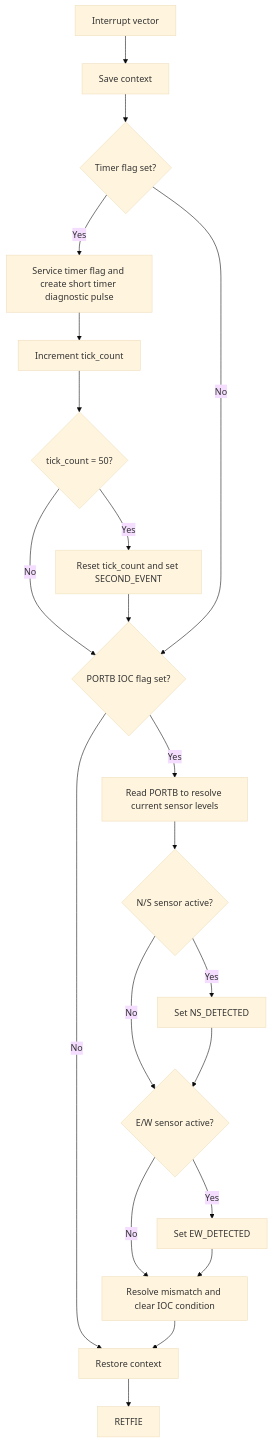
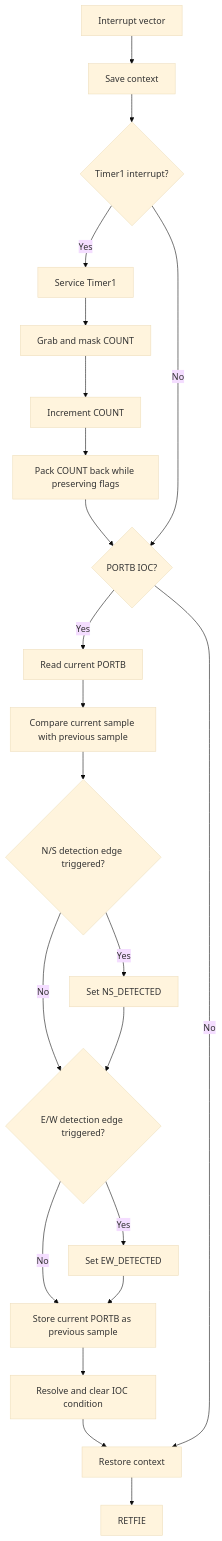
One commit to rosstimo/RCET3375 changed the first of 2 diagrams in LabAssignments/Lab06-Timers.md. Above: the diagram before and after it, drawn with Mermaid (base theme). The commit also changed other lines of this file, not shown here.

````diff
--- a/LabAssignments/Lab06-Timers.md
+++ b/LabAssignments/Lab06-Timers.md
@@ -653,23 +757,25 @@
 ```mermaid
 flowchart TD
     A[Interrupt vector] --> B[Save context]
-    B --> C{Timer flag set?}
-    C -- Yes --> D[Service timer flag and create short timer diagnostic pulse]
-    D --> E[Increment tick_count]
-    E --> F{tick_count = 50?}
-    F -- Yes --> G[Reset tick_count and set SECOND_EVENT]
-    F -- No --> H{PORTB IOC flag set?}
-    G --> H
+    B --> C{Timer1 interrupt?}
+    C -- Yes --> D[Service Timer1]
+    D --> E[Grab and mask COUNT]
+    E --> F[Increment COUNT]
+    F --> G[Pack COUNT back while preserving flags]
+    G --> H{PORTB IOC?}
     C -- No --> H
-    H -- Yes --> I[Read PORTB to resolve current sensor levels]
-    I --> J{N/S sensor active?}
-    J -- Yes --> K[Set NS_DETECTED]
-    J -- No --> L{E/W sensor active?}
-    K --> L
-    L -- Yes --> M[Set EW_DETECTED]
-    L -- No --> N[Resolve mismatch and clear IOC condition]
-    M --> N
-    H -- No --> O[Restore context]
+
+    H -- Yes --> I[Read current PORTB]
+    I --> J[Compare current sample with previous sample]
+    J --> K{N/S detection edge triggered?}
+    K -- Yes --> L[Set NS_DETECTED]
+    K -- No --> M{E/W detection edge triggered?}
+    L --> M
+    M -- Yes --> N[Set EW_DETECTED]
+    M -- No --> O[Store current PORTB as previous sample]
     N --> O
-    O --> P[RETFIE]
+    O --> P[Resolve and clear IOC condition]
+    P --> Q[Restore context]
+    H -- No --> Q
+    Q --> R[RETFIE]
 ```
````
